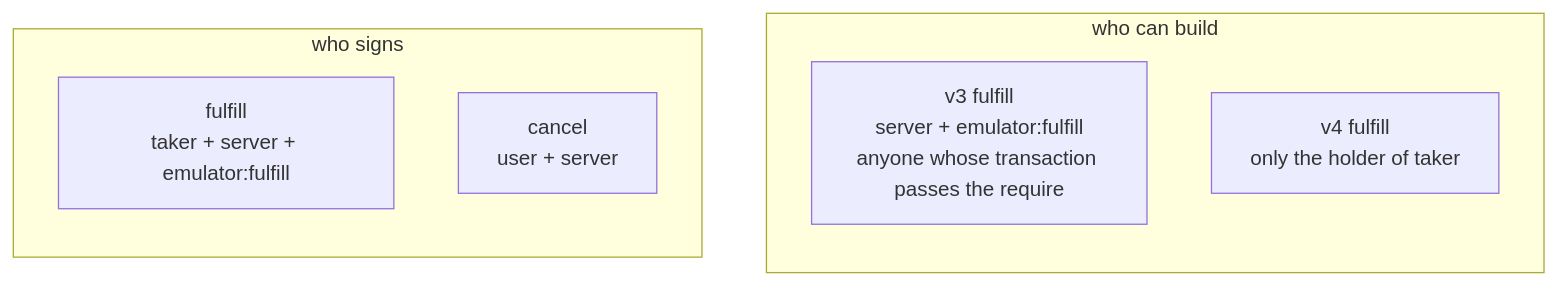
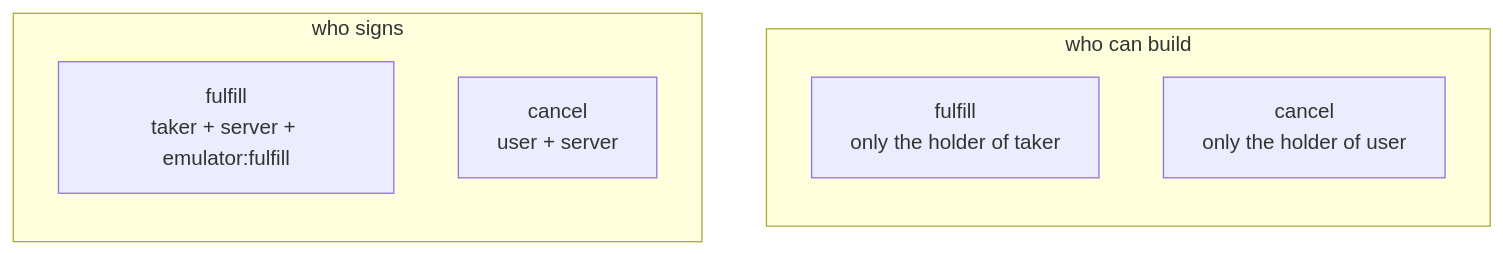
The fourth of 4 diagrams in packages/swap/src/contracts/README.md (arkade-os/ts-sdk), drawn with Mermaid before and after one commit. The commit also changed other lines of this file and 27 other files, not shown here.

````diff
--- a/packages/swap/src/contracts/README.md
+++ b/packages/swap/src/contracts/README.md
@@ -56,12 +55,12 @@
 ```mermaid
 flowchart LR
   subgraph signs["who signs"]
     fk["fulfill<br/>taker + server + emulator:fulfill"]
     ck["cancel<br/>user + server"]
   end
   subgraph builds["who can build"]
-    v3["v3 fulfill<br/>server + emulator:fulfill<br/>anyone whose transaction passes the require"]
-    v4["v4 fulfill<br/>only the holder of taker"]
+    fb["fulfill<br/>only the holder of taker"]
+    cb["cancel<br/>only the holder of user"]
   end
   signs ~~~ builds
 ```
````
